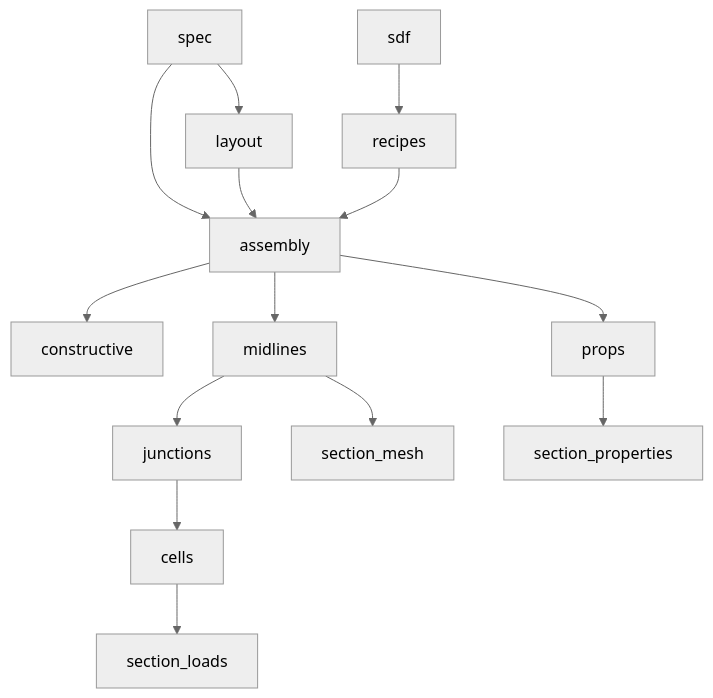
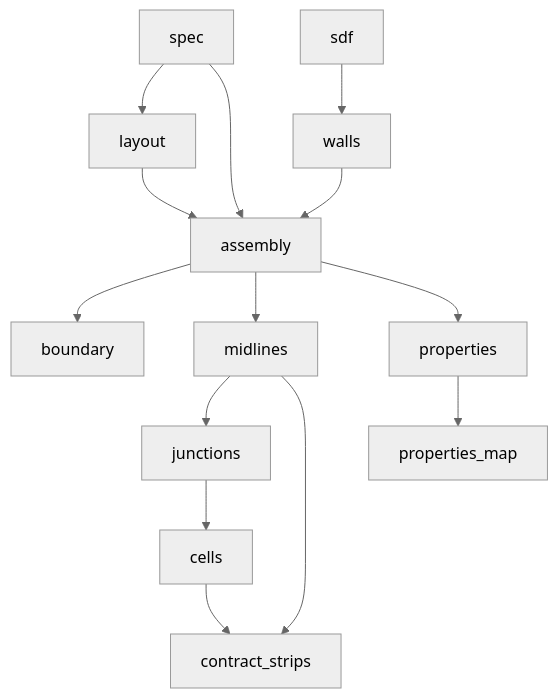
Before and after one commit to samhughes-fea/implicit-geometry-kernel: the third of 4 diagrams in docs/section/README.md, drawn with Mermaid (neutral theme). The commit also changed other lines of this file and 589 other files, not shown here.

````diff
--- a/docs/section/README.md
+++ b/docs/section/README.md
@@ -187,16 +196,16 @@
 ```mermaid
 flowchart TB
-  Api[spec] --> Layout[layout]
-  Api --> Assembly[assembly]
+  Spec[spec] --> Layout[layout]
+  Spec --> Assembly[assembly]
   Layout --> Assembly
-  Recipes[recipes] --> Assembly
-  Sdf[sdf] --> Recipes
-  Assembly --> Constructive[constructive]
+  Walls[walls] --> Assembly
+  Sdf[sdf] --> Walls
+  Assembly --> Boundary[boundary]
   Assembly --> Mid[midlines]
   Mid --> Topo[junctions]
   Topo --> CellWall[cells]
-  Assembly --> Props[props]
-  Mid --> Mesh[section_mesh]
-  CellWall --> Loads[section_loads]
-  Props --> SecProps[section_properties]
+  Assembly --> Properties[properties]
+  Mid --> Contract[contract_strips]
+  CellWall --> Contract
+  Properties --> PropsMap[properties_map]
 ```
````
